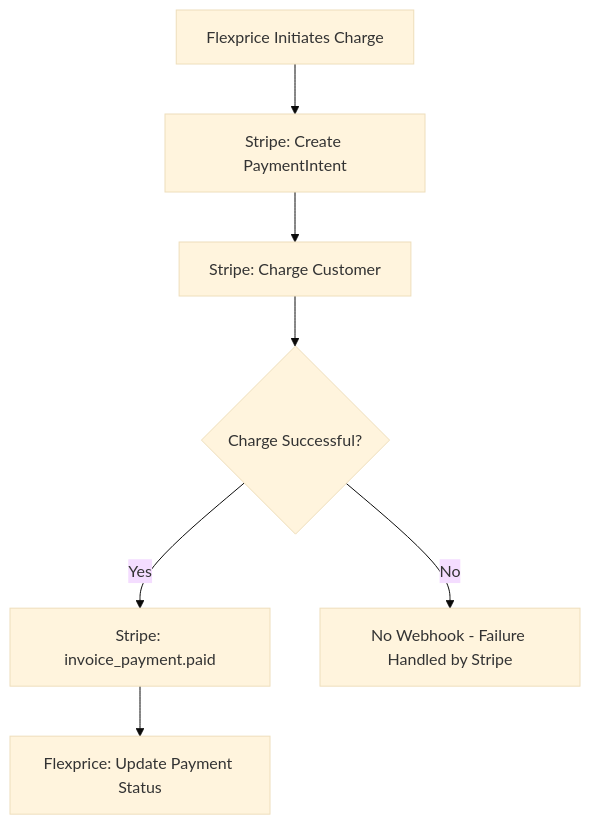
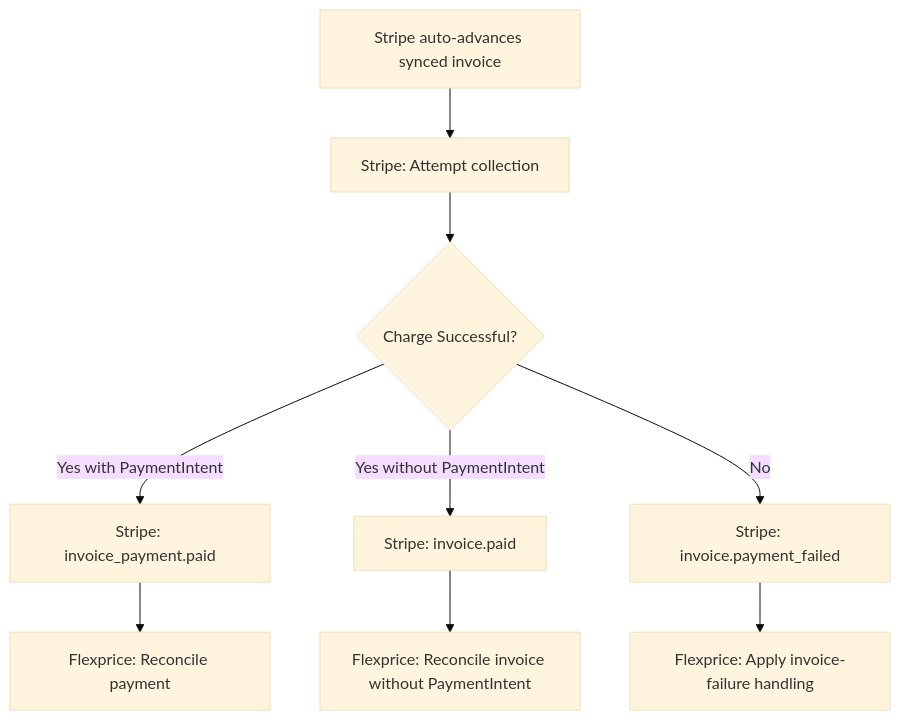
Before and after one commit to flexprice/flexprice-docs: the third of 5 diagrams in integrations/stripe/invoice-sync.mdx, drawn with Mermaid (base theme). The commit also changed other lines of this file and 6 other files, not shown here.

````diff
--- a/integrations/stripe/invoice-sync.mdx
+++ b/integrations/stripe/invoice-sync.mdx
@@ -107,9 +127,11 @@
 ```mermaid
 graph TD
-    A[Flexprice Initiates Charge] --> B[Stripe: Create PaymentIntent]
-    B --> C[Stripe: Charge Customer]
-    C --> D{Charge Successful?}
-    D -->|Yes| E[Stripe: invoice_payment.paid]
-    D -->|No| F[No Webhook - Failure Handled by Stripe]
-    E --> G[Flexprice: Update Payment Status]
+    A[Stripe auto-advances synced invoice] --> B[Stripe: Attempt collection]
+    B --> C{Charge Successful?}
+    C -->|Yes with PaymentIntent| D[Stripe: invoice_payment.paid]
+    C -->|Yes without PaymentIntent| E[Stripe: invoice.paid]
+    C -->|No| F[Stripe: invoice.payment_failed]
+    D --> G[Flexprice: Reconcile payment]
+    E --> H[Flexprice: Reconcile invoice without PaymentIntent]
+    F --> I[Flexprice: Apply invoice-failure handling]
 ```
````
